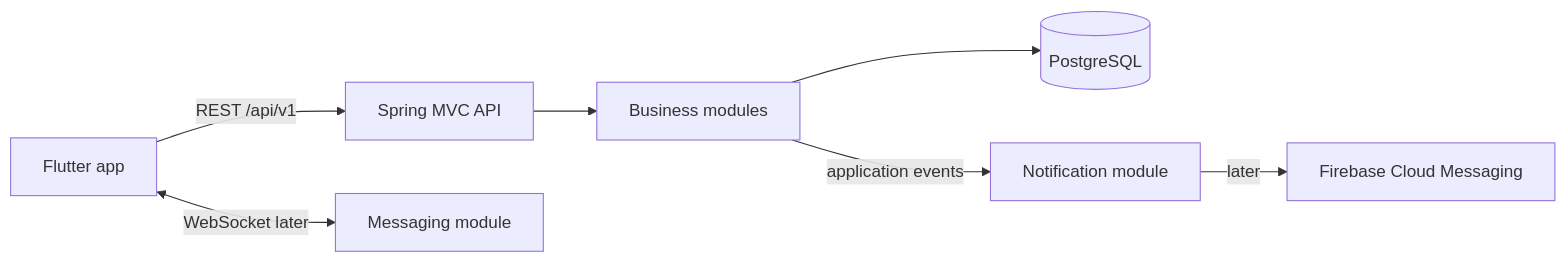
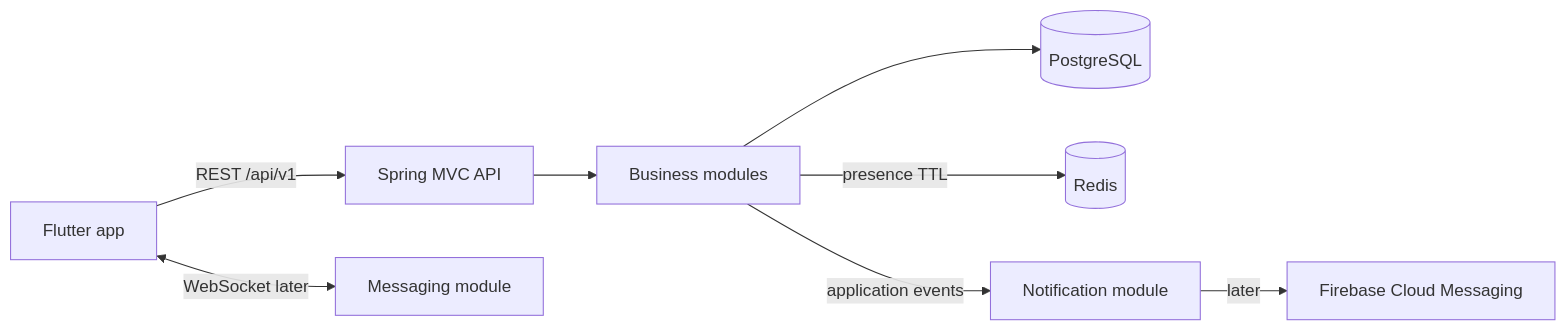
Before and after one commit to DmytroKutko/owlnest-backend: the diagram in docs/architecture.md, drawn with Mermaid. The commit also changed other lines of this file and 3 other files, not shown here.

Commit message:
Document the current backend architecture

````diff
--- a/docs/architecture.md
+++ b/docs/architecture.md
@@ -44,9 +45,10 @@
 ```mermaid
 flowchart LR
     Flutter["Flutter app"] -->|REST /api/v1| API["Spring MVC API"]
     Flutter <-->|WebSocket later| MSG["Messaging module"]
     API --> MOD["Business modules"]
     MOD --> DB[(PostgreSQL)]
+    MOD -->|presence TTL| REDIS[(Redis)]
     MOD -->|application events| NOTIF["Notification module"]
     NOTIF -->|later| FCM["Firebase Cloud Messaging"]
 ```
````
